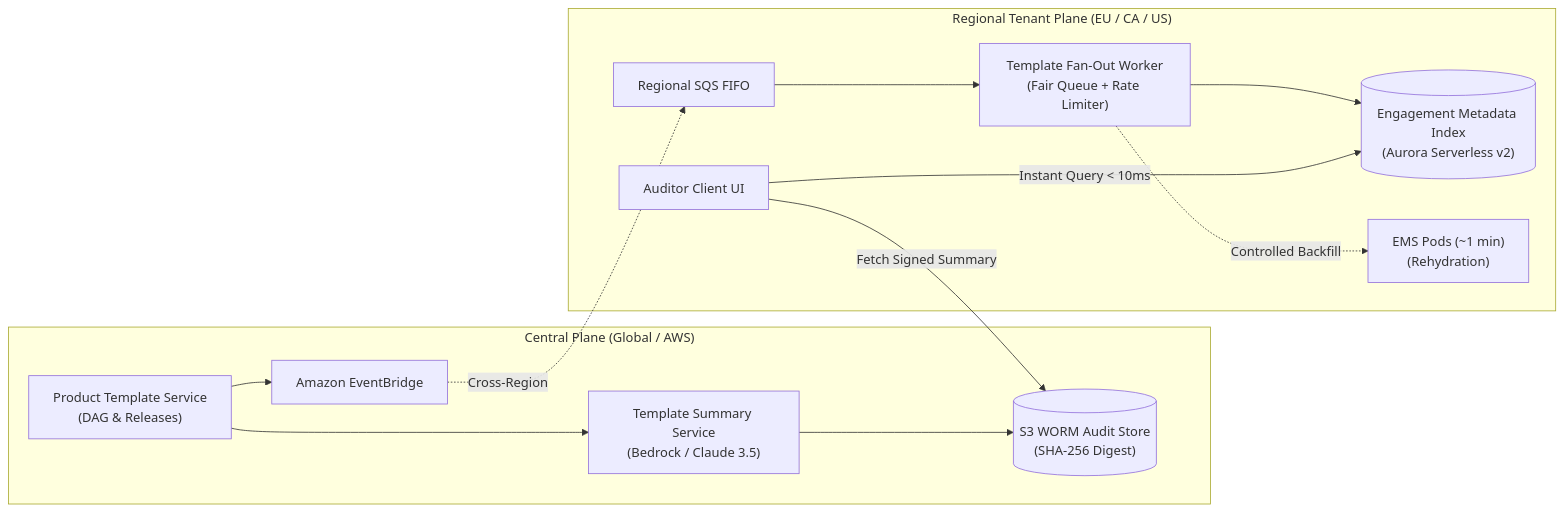
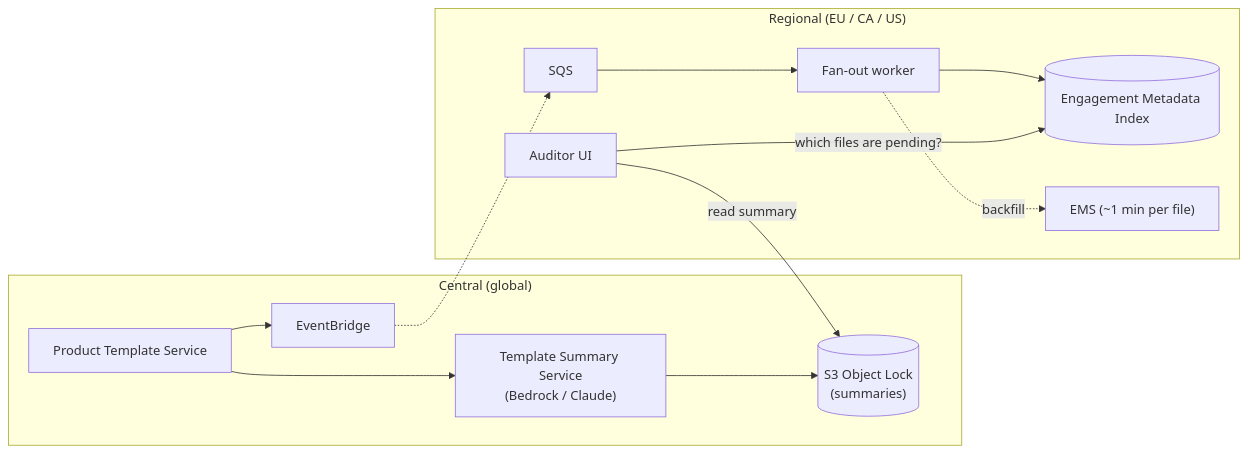
Before and after one commit to felipebuitrago75/ArchitectureDesignExercise: the first of 2 diagrams in design/ARCHITECTURE_DESIGN_DOCUMENT.md, drawn with Mermaid. The commit also changed other lines of this file and 1 other file, not shown here.

Commit message:
docs(architecture): simplify design document and align diagram labels

````diff
--- a/design/ARCHITECTURE_DESIGN_DOCUMENT.md
+++ b/design/ARCHITECTURE_DESIGN_DOCUMENT.md
@@ -14,17 +14,17 @@
 ```mermaid
 flowchart LR
-    subgraph Central["Central Plane (Global / AWS)"]
-        PTS["Product Template Service\n(DAG & Releases)"] --> TSS["Template Summary Service\n(Bedrock / Claude 3.5)"]
-        TSS --> WORM[("S3 WORM Audit Store\n(SHA-256 Digest)")]
-        PTS --> EB["Amazon EventBridge"]
+    subgraph Central["Central (global)"]
+        PTS["Product Template Service"] --> TSS["Template Summary Service<br/>(Bedrock / Claude)"]
+        TSS --> WORM[("S3 Object Lock<br/>(summaries)")]
+        PTS --> EB["EventBridge"]
     end
 
-    subgraph Regional["Regional Tenant Plane (EU / CA / US)"]
-        EB -.->|Cross-Region| SQS["Regional SQS FIFO"]
-        SQS --> RFW["Template Fan-Out Worker\n(Fair Queue + Rate Limiter)"]
-        RFW --> EMI[("Engagement Metadata Index\n(Aurora Serverless v2)")]
-        RFW -.->|Controlled Backfill| EMS["EMS Pods (~1 min)\n(Rehydration)"]
-        Auditor["Auditor Client UI"] -->|Instant Query < 10ms| EMI
-        Auditor -->|Fetch Signed Summary| WORM
+    subgraph Regional["Regional (EU / CA / US)"]
+        EB -.-> SQS["SQS"]
+        SQS --> RFW["Fan-out worker"]
+        RFW --> EMI[("Engagement Metadata Index")]
+        RFW -.->|backfill| EMS["EMS (~1 min per file)"]
+        UI["Auditor UI"] -->|which files are pending?| EMI
+        UI -->|read summary| WORM
     end
 ```
````
